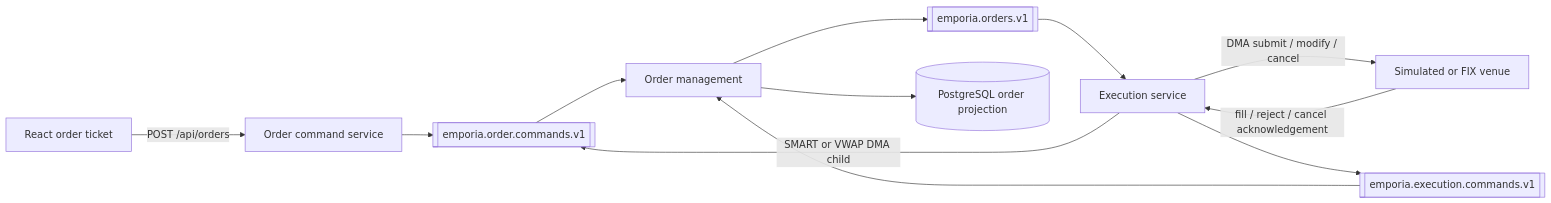
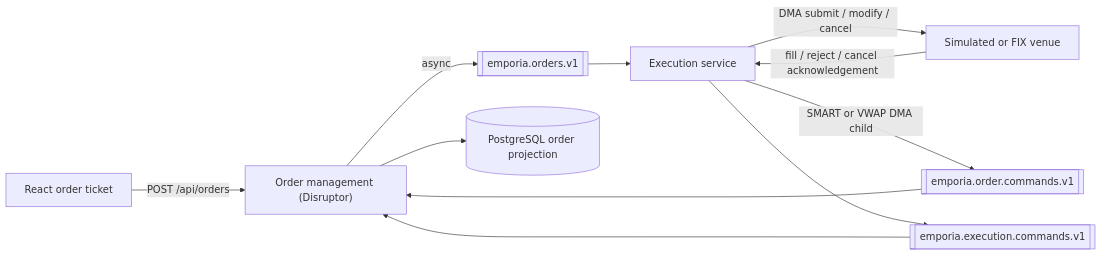
The diagram in docs/execution/README.md (nvxtien/emporia), drawn with Mermaid before and after one commit. The commit also changed other lines of this file and 137 other files, not shown here.

````diff
--- a/docs/execution/README.md
+++ b/docs/execution/README.md
@@ -16,24 +16,22 @@
 ```mermaid
 flowchart LR
     Browser["React order ticket"]
-    Command["Order command service"]
-    CommandTopic[["emporia.order.commands.v1"]]
-    Management["Order management"]
+    Management["Order management (Disruptor)"]
     OrderTopic[["emporia.orders.v1"]]
     Execution["Execution service"]
     Venue["Simulated or FIX venue"]
     ExecutionTopic[["emporia.execution.commands.v1"]]
+    CommandTopic[["emporia.order.commands.v1"]]
     Database[("PostgreSQL order projection")]
 
-    Browser -->|"POST /api/orders"| Command
-    Command --> CommandTopic
-    CommandTopic --> Management
+    Browser -->|"POST /api/orders"| Management
     Management --> Database
-    Management --> OrderTopic
+    Management -->|async| OrderTopic
     OrderTopic --> Execution
     Execution -->|"DMA submit / modify / cancel"| Venue
     Execution -->|"SMART or VWAP DMA child"| CommandTopic
+    CommandTopic --> Management
     Venue -->|"fill / reject / cancel acknowledgement"| Execution
     Execution --> ExecutionTopic
     ExecutionTopic --> Management
 ```
````
